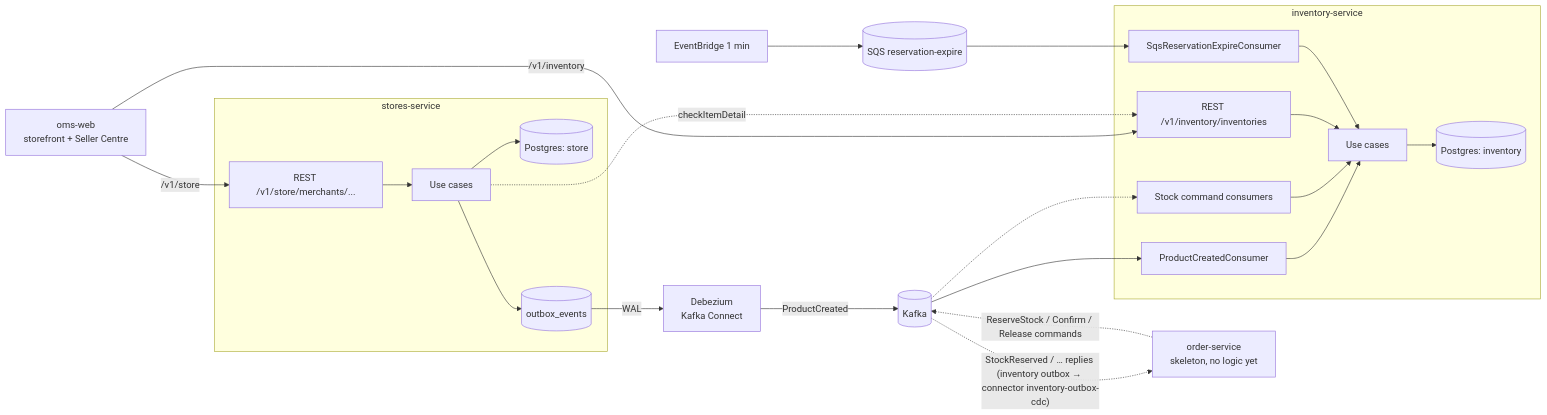
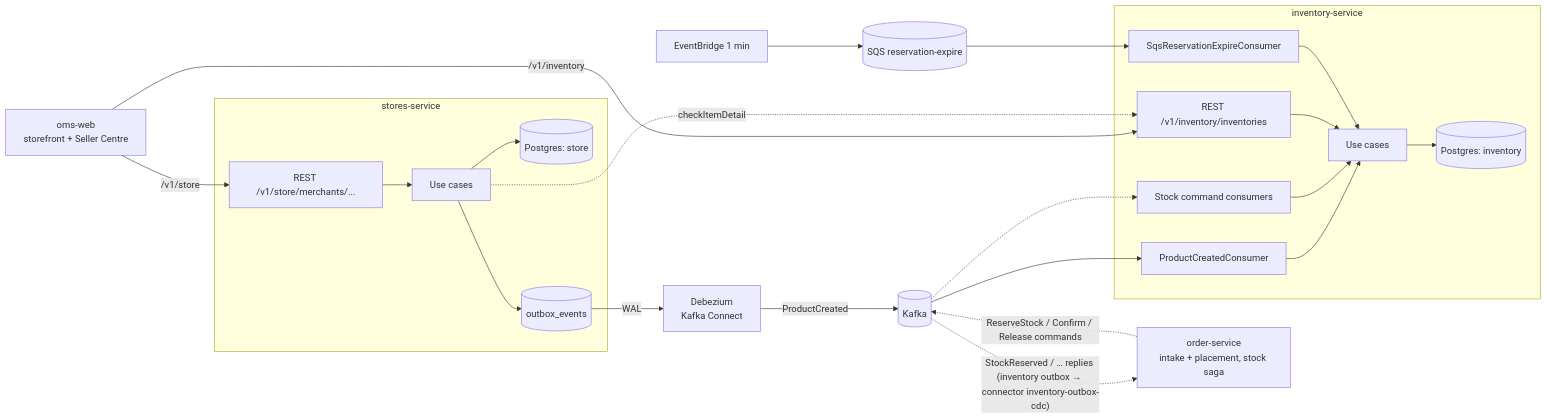
Before and after one commit to domt97/oms-workspace: the diagram in architecture/system-overview.md, drawn with Mermaid. The commit also changed 17 other files, not shown here.

Commit message:
docs: checkout placement built (ADR 0006/0007 amendments, flows, open questions 54/67 closed)

````diff
--- a/architecture/system-overview.md
+++ b/architecture/system-overview.md
@@ -3,25 +3,25 @@
 ```mermaid
 flowchart LR
     subgraph stores-service
         SAPI[REST /v1/store/merchants/...] --> SUC[Use cases]
         SUC --> SDB[(Postgres: store)]
         SUC --> OB[(outbox_events)]
     end
     OB -- WAL --> DBZ[Debezium<br/>Kafka Connect]
     DBZ -- ProductCreated --> K[(Kafka)]
     K --> PC[ProductCreatedConsumer]
     K -.-> SC[Stock command consumers]
     subgraph inventory-service
         PC --> IUC[Use cases]
         SC --> IUC
         IAPI[REST /v1/inventory/inventories] --> IUC
         SQS[SqsReservationExpireConsumer] --> IUC
         IUC --> IDB[(Postgres: inventory)]
     end
     EB[EventBridge 1 min] --> Q[(SQS reservation-expire)] --> SQS
-    ORD[order-service<br/>skeleton, no logic yet] -. ReserveStock / Confirm / Release commands .-> K
+    ORD[order-service<br/>intake + placement, stock saga] -. ReserveStock / Confirm / Release commands .-> K
     K -. StockReserved / … replies (inventory outbox → connector inventory-outbox-cdc) .-> ORD
     WEB[oms-web<br/>storefront + Seller Centre] -- /v1/store --> SAPI
     WEB -- /v1/inventory --> IAPI
     SUC -. checkItemDetail .-> IAPI
 ```
````
